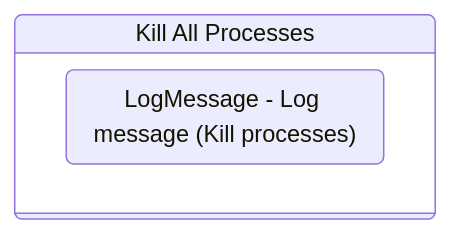
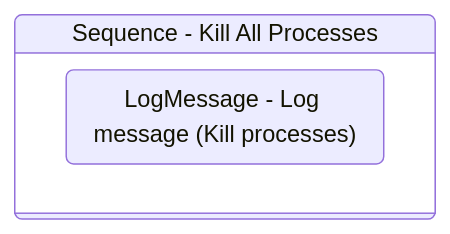
One commit to yashbrahmbhatt/LazyFramework changed the diagram in Documentation/.templates/Performers/REFramework/Framework/KillAllProcesses.md. Above: the diagram before and after it, drawn with Mermaid. The commit also changed 78 other files, not shown here.

````diff
--- a/Documentation/.templates/Performers/REFramework/Framework/KillAllProcesses.md
+++ b/Documentation/.templates/Performers/REFramework/Framework/KillAllProcesses.md
@@ -68,10 +68,10 @@
 ```mermaid
 stateDiagram-v2
 
 
-Sequence_2: Kill All Processes
+Sequence_2: Sequence - Kill All Processes
 state Sequence_2 {
 direction TB
 LogMessage_1 : LogMessage - Log message (Kill processes)
 }
 ```
````
